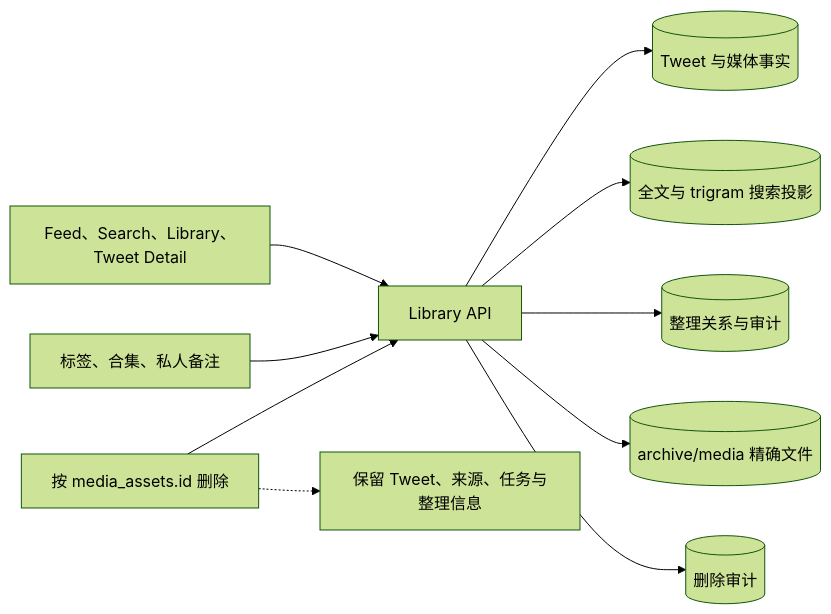
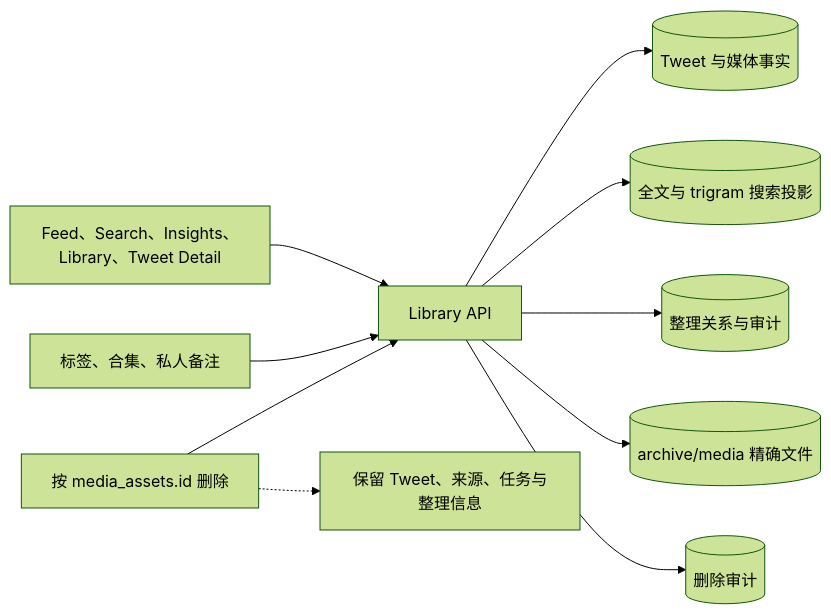
Before and after one commit to namehu/x-media-archiver: the sixth of 6 diagrams in docs/architecture/system-overview.md, drawn with Mermaid (forest theme). The commit also changed 20 other files, not shown here.

````diff
--- a/docs/architecture/system-overview.md
+++ b/docs/architecture/system-overview.md
@@ -209,12 +209,12 @@
 ```mermaid
 flowchart LR
-    query["Feed、Search、Library、Tweet Detail"] --> api["Library API"]
+    query["Feed、Search、Insights、Library、Tweet Detail"] --> api["Library API"]
     api --> facts[("Tweet 与媒体事实")]
     api --> search[("全文与 trigram 搜索投影")]
     organize["标签、合集、私人备注"] --> api
     api --> relations[("整理关系与审计")]
     deletion["按 media_assets.id 删除"] --> api
     api --> files[("archive/media 精确文件")]
     api --> audit[("删除审计")]
     deletion -.-> preserve["保留 Tweet、来源、任务与整理信息"]
 ```
````
